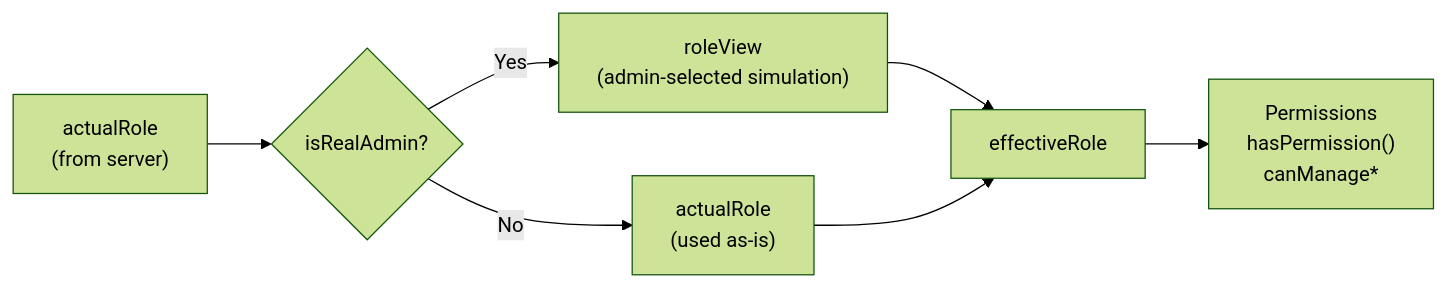
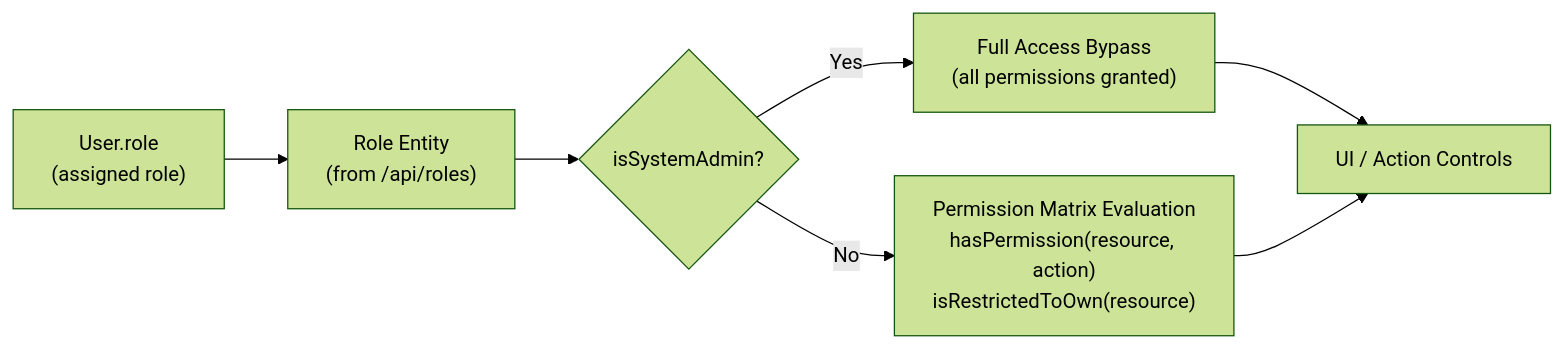
Before and after one commit to zigikralj/EGG_admin_client: the third of 6 diagrams in docs/ARCHITECTURE.md, drawn with Mermaid (forest theme). The commit also changed other lines of this file and 4 other files, not shown here.

````diff
--- a/docs/ARCHITECTURE.md
+++ b/docs/ARCHITECTURE.md
@@ -136,9 +139,9 @@
 ```mermaid
 graph LR
-    A["actualRole<br/>(from server)"] --> B{"isRealAdmin?"}
-    B -->|Yes| C["roleView<br/>(admin-selected simulation)"]
-    B -->|No| D["actualRole<br/>(used as-is)"]
-    C --> E["effectiveRole"]
-    D --> E
-    E --> F["Permissions<br/>hasPermission()<br/>canManage*"]
+    A["User.role<br/>(assigned role)"] --> B["Role Entity<br/>(from /api/roles)"]
+    B --> C{"isSystemAdmin?"}
+    C -->|Yes| D["Full Access Bypass<br/>(all permissions granted)"]
+    C -->|No| E["Permission Matrix Evaluation<br/>hasPermission(resource, action)<br/>isRestrictedToOwn(resource)"]
+    D --> F["UI / Action Controls"]
+    E --> F
 ```
````
